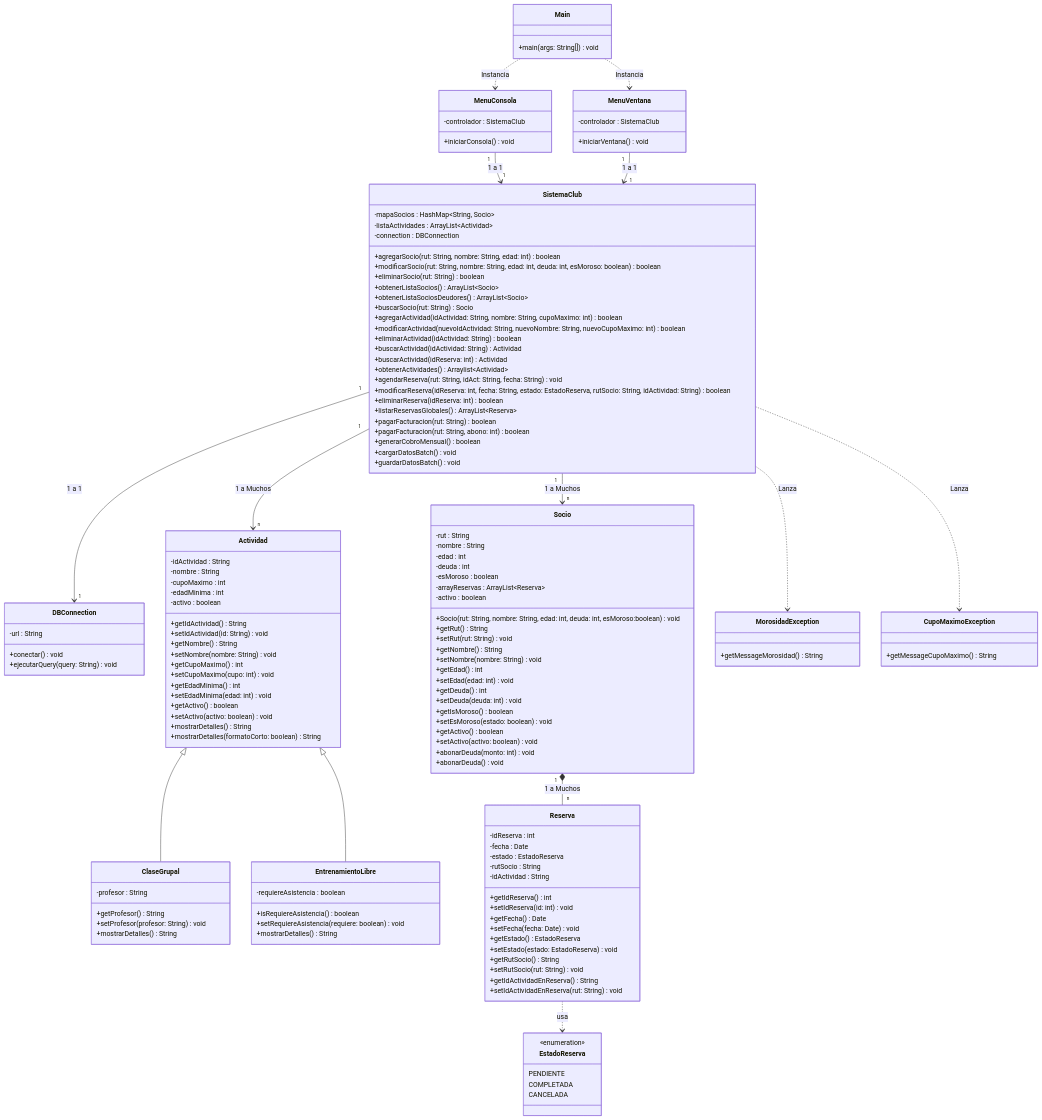
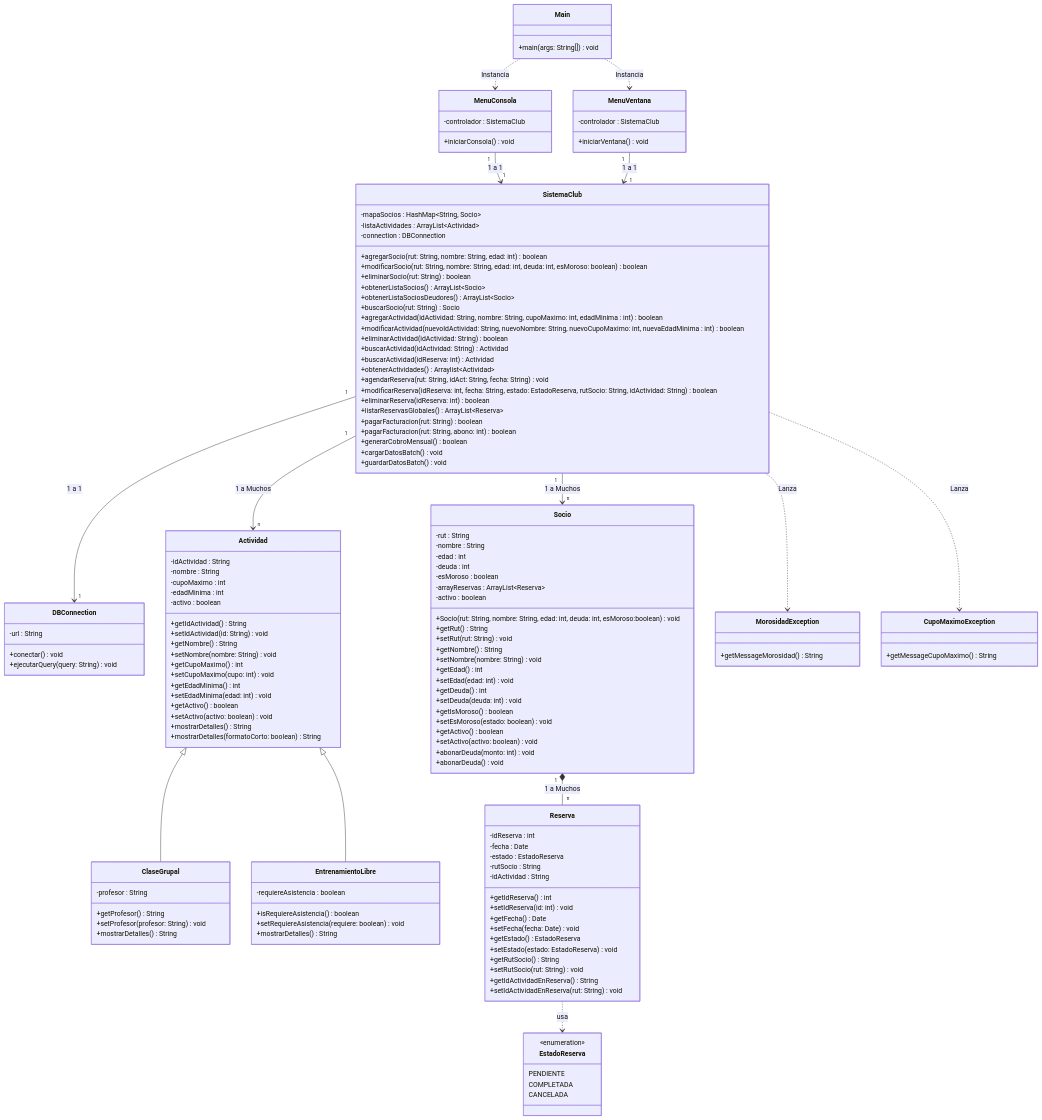
One commit to L3v1smpr/ProyectoProgramacionAvanzadaUno changed the diagram in planificacion/Diagrama de Clases UML.md. Above: the diagram before and after it, drawn with Mermaid. The commit also changed 2 other files, not shown here.

Commit message:
Agrega EstadoReserva y ajustes en UML/Main

```diff
--- a/planificacion/Diagrama de Clases UML.md
+++ b/planificacion/Diagrama de Clases UML.md
@@ -27,8 +27,8 @@
 	   +obtenerListaSocios() ArrayList~Socio~
 	   +obtenerListaSociosDeudores() ArrayList~Socio~
 	   +buscarSocio(rut: String) Socio
-        +agregarActividad(idActividad: String, nombre: String, cupoMaximo: int) boolean
-        +modificarActividad(nuevoIdActividad: String, nuevoNombre: String, nuevoCupoMaximo: int) boolean
+        +agregarActividad(idActividad: String, nombre: String, cupoMaximo: int, edadMinima : int) boolean
+        +modificarActividad(nuevoIdActividad: String, nuevoNombre: String, nuevoCupoMaximo: int, nuevaEdadMinima : int) boolean
         +eliminarActividad(idActividad: String) boolean
         +buscarActividad(idActividad: String) Actividad
         +buscarActividad(idReserva: int) Actividad
```
